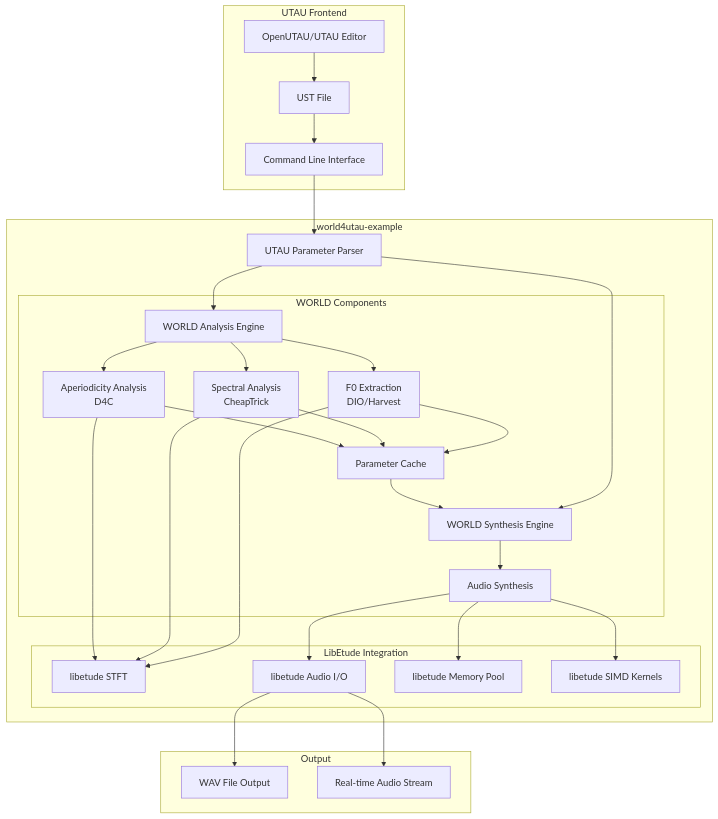
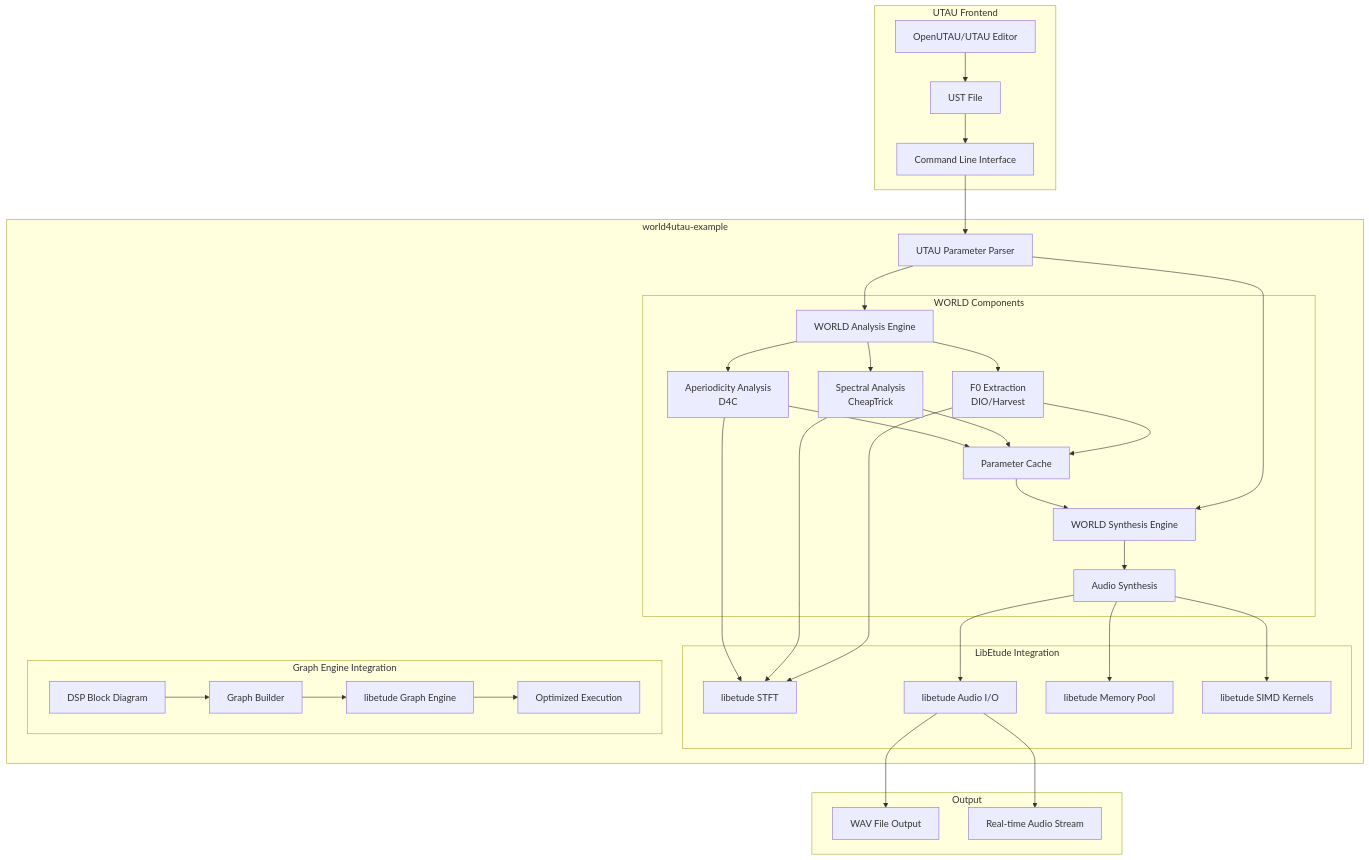
The first of 3 diagrams in .kiro/specs/world4utau-example/design.md (crlotwhite/libetude), drawn with Mermaid before and after one commit. The commit also changed other lines of this file and 2 other files, not shown here.

First line of the commit message:
docs: Add DSP block diagram and graph engine integration

````diff
--- a/.kiro/specs/world4utau-example/design.md
+++ b/.kiro/specs/world4utau-example/design.md
@@ -17,40 +17,46 @@
 ```mermaid
 graph TB
     subgraph "UTAU Frontend"
         A[OpenUTAU/UTAU Editor] --> B[UST File]
         B --> C[Command Line Interface]
     end
 
     subgraph "world4utau-example"
         C --> D[UTAU Parameter Parser]
         D --> E[WORLD Analysis Engine]
         D --> F[WORLD Synthesis Engine]
 
         subgraph "WORLD Components"
             E --> G[F0 Extraction<br/>DIO/Harvest]
             E --> H[Spectral Analysis<br/>CheapTrick]
             E --> I[Aperiodicity Analysis<br/>D4C]
 
             G --> J[Parameter Cache]
             H --> J
             I --> J
 
             J --> F
             F --> K[Audio Synthesis]
         end
 
         subgraph "LibEtude Integration"
             G --> L[libetude STFT]
             H --> L
             I --> L
             K --> M[libetude Audio I/O]
             K --> N[libetude Memory Pool]
             K --> O[libetude SIMD Kernels]
         end
+
+        subgraph "Graph Engine Integration"
+            P[DSP Block Diagram] --> Q[Graph Builder]
+            Q --> R[libetude Graph Engine]
+            R --> S[Optimized Execution]
+        end
     end
 
     subgraph "Output"
-        M --> P[WAV File Output]
-        M --> Q[Real-time Audio Stream]
+        M --> T[WAV File Output]
+        M --> U[Real-time Audio Stream]
     end
 ```
````
